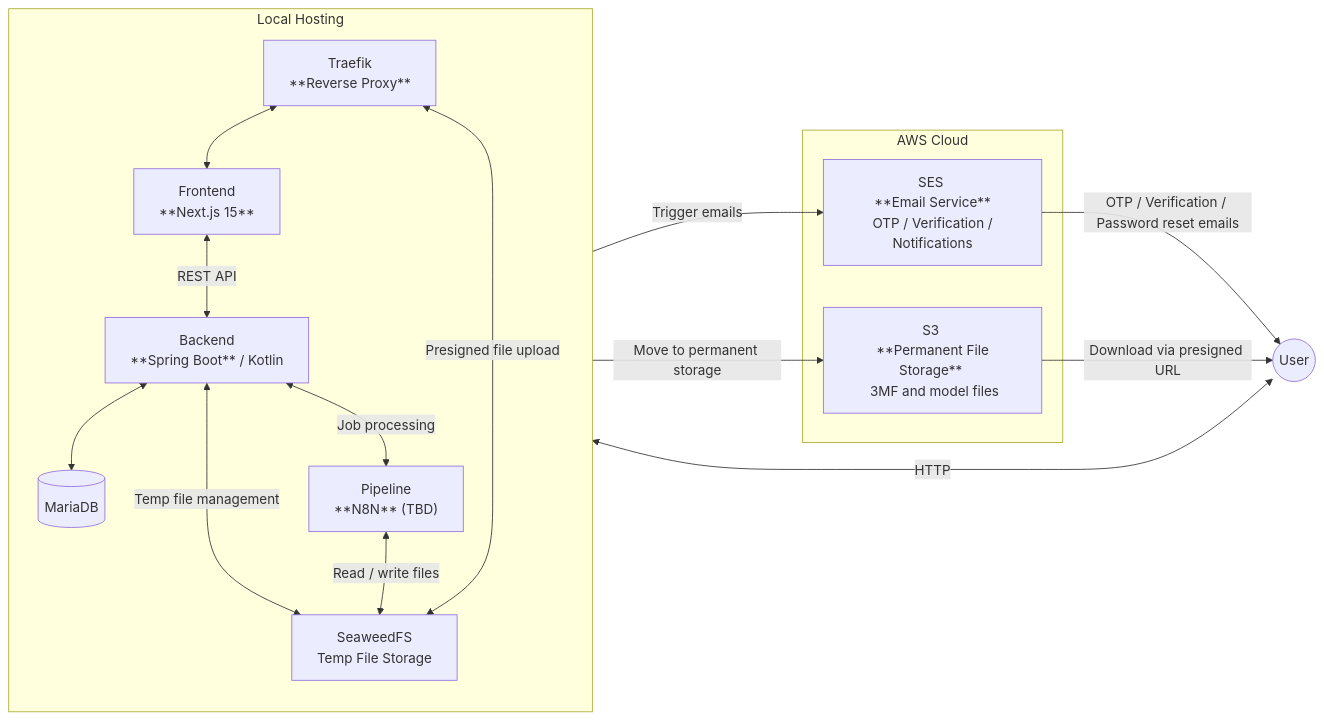
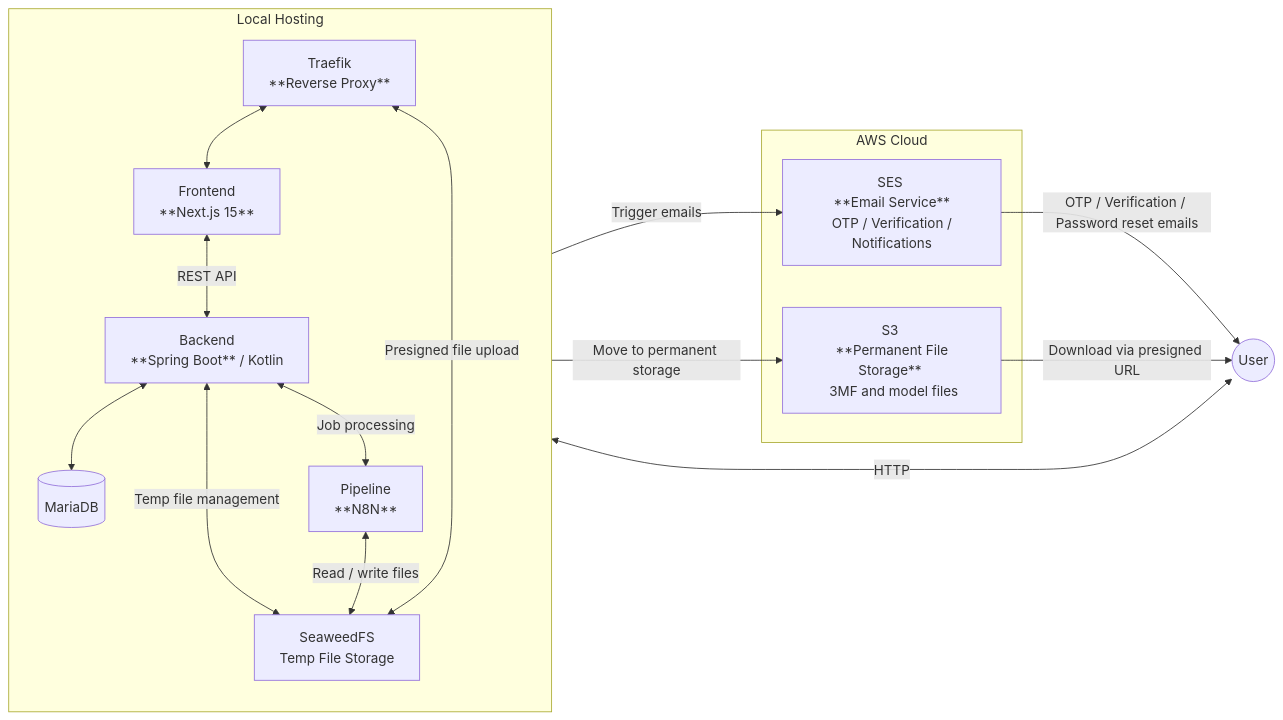
One commit to 3D-Western/3dw-hub changed the first of 2 diagrams in docs/report/overview.md. Above: the diagram before and after it, drawn with Mermaid. The commit also changed 1 other file, not shown here.

Commit message:
removed TBD

````diff
--- a/docs/report/overview.md
+++ b/docs/report/overview.md
@@ -11,39 +11,39 @@
 ```mermaid
 graph LR
     User((User))
 
     subgraph AWS_Cloud [AWS Cloud]
         S3["S3 <br/> **Permanent File Storage** <br/> 3MF and model files"]
         SES["SES <br/> **Email Service** <br/> OTP / Verification / Notifications"]
     end
 
     subgraph Local_Hosting [Local Hosting]
         direction TB
         Traefik["Traefik <br/> **Reverse Proxy**"]
         Frontend["Frontend <br/> **Next.js 15**"]
         Backend["Backend <br/> **Spring Boot** / Kotlin"]
         Database[(MariaDB)]
         SeaweedFS["SeaweedFS <br/> Temp File Storage"]
-        Pipeline["Pipeline <br/> **N8N** (TBD)"]
+        Pipeline["Pipeline <br/> **N8N**"]
     end
 
     %% Entry point
     User <--> |HTTP| Traefik
     Traefik <--> Frontend
     Traefik <--> |Presigned file upload| SeaweedFS
     SES --> |OTP / Verification / Password reset emails| User
     S3 --> |Download via presigned URL| User
 
     %% Frontend <-> Backend
     Frontend <--> |REST API| Backend
 
     %% Backend connections
     Backend <--> Database
     Backend <--> |Temp file management| SeaweedFS
     Backend --> |Move to permanent storage| S3
     Backend --> |Trigger emails| SES
     Backend <--> |Job processing| Pipeline
 
     %% Pipeline connections
     Pipeline <--> |Read / write files| SeaweedFS
 ```
````
